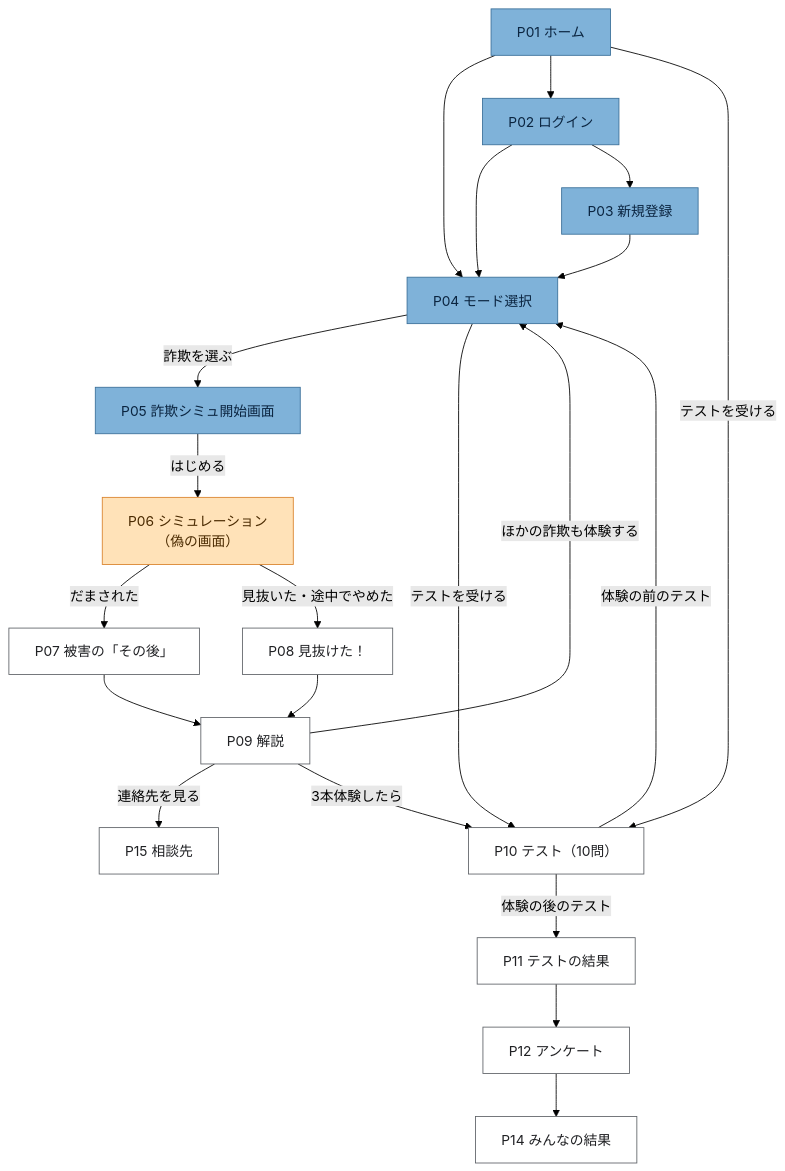
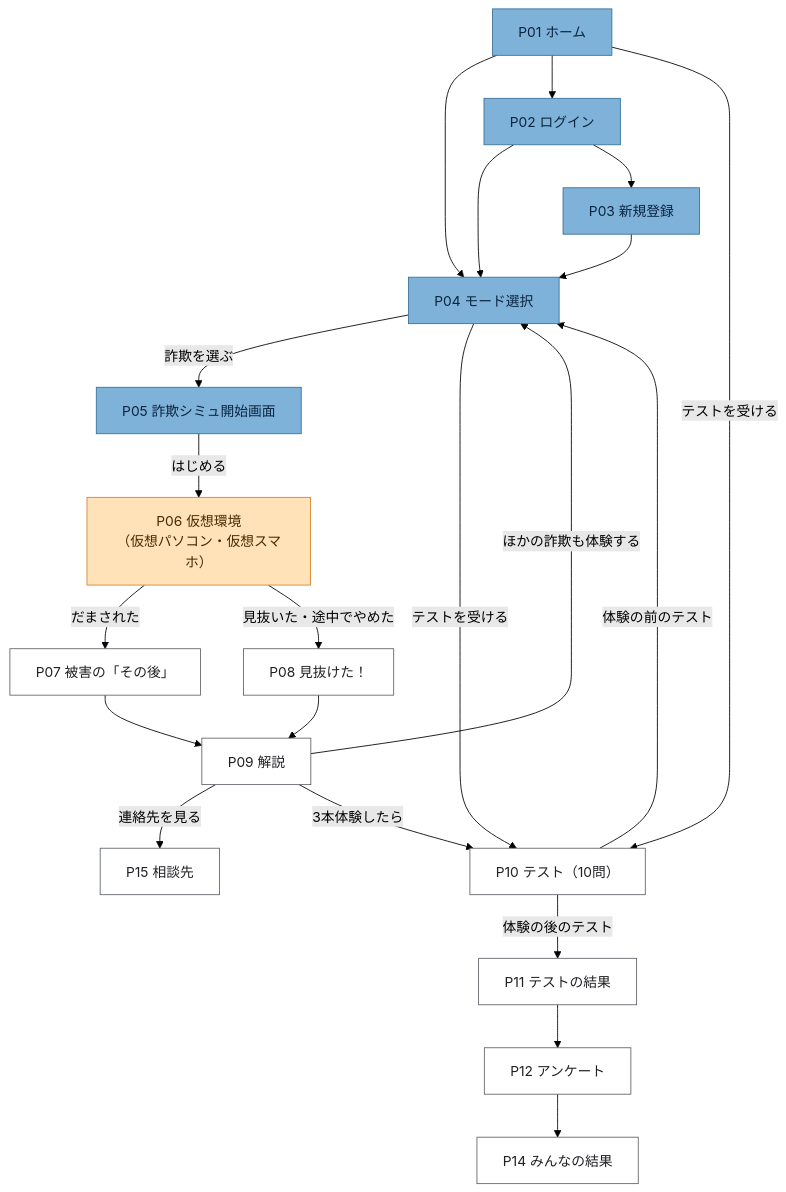
Before and after one commit to Atelier2006/graduation-project: the first of 6 diagrams in docs/design/02-screen-flow.md, drawn with Mermaid (forest theme). The commit also changed other lines of this file and 9 other files, not shown here.

First line of the commit message:
検討資料 v0.2：仮想環境（仮想パソコン・仮想スマホ）での体験の形を追加し、テンプレートはGoogleドライブに保存する方針にする

````diff
--- a/docs/design/02-screen-flow.md
+++ b/docs/design/02-screen-flow.md
@@ -38,45 +40,45 @@
 ```mermaid
 flowchart TD
     home["P01 ホーム"]
     login["P02 ログイン"]
     signup["P03 新規登録"]
     mode["P04 モード選択"]
     start["P05 詐欺シミュ開始画面"]
-    sim["P06 シミュレーション<br>（偽の画面）"]
+    sim["P06 仮想環境<br>（仮想パソコン・仮想スマホ）"]
     after["P07 被害の「その後」"]
     safe["P08 見抜けた！"]
     exp["P09 解説"]
     help["P15 相談先"]
     test["P10 テスト（10問）"]
     tres["P11 テストの結果"]
     survey["P12 アンケート"]
     everyone["P14 みんなの結果"]
 
     home --> mode
     home --> login
     login --> mode
     login --> signup
     signup --> mode
     mode -->|"詐欺を選ぶ"| start
     start -->|"はじめる"| sim
     sim -->|"だまされた"| after
     sim -->|"見抜いた・途中でやめた"| safe
     after --> exp
     safe --> exp
     exp -->|"ほかの詐欺も体験する"| mode
     exp -->|"連絡先を見る"| help
     home -->|"テストを受ける"| test
     mode -->|"テストを受ける"| test
     test -->|"体験の前のテスト"| mode
     exp -->|"3本体験したら"| test
     test -->|"体験の後のテスト"| tres
     tres --> survey
     survey --> everyone
 
     classDef slide fill:#7FB2D9,stroke:#3a6f99,color:#0b2540
     classDef added fill:#ffffff,stroke:#5f6368,color:#202124
     classDef fake fill:#FFE2B8,stroke:#d9822b,color:#4a2a00
     class home,login,signup,mode,start slide
     class after,safe,exp,help,test,tres,survey,everyone added
     class sim fake
 ```
````
